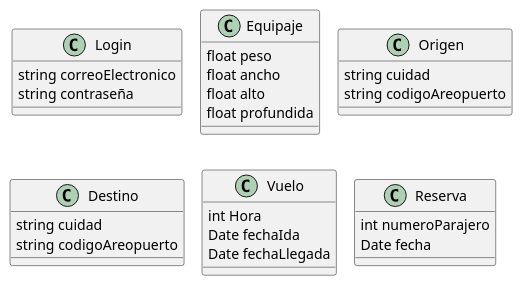
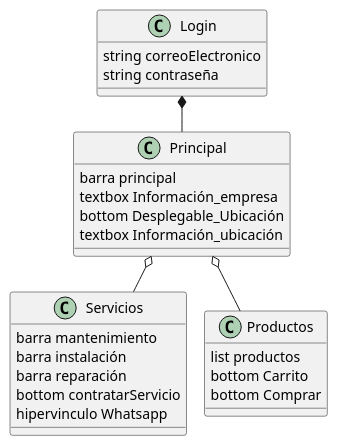
One commit to chonchekill/FerreGas changed the diagram in Clases.puml. Above: the diagram before and after it, drawn with PlantUML.

Commit message:
Terminado

```diff
--- a/Clases.puml
+++ b/Clases.puml
@@ -1,49 +1,45 @@
 @startuml
 
 !pragma layout smetana
 
 class Login{
 
     string correoElectronico
     string contraseña
 
 }
 
-class Equipaje{
+class Principal{
 
-    float peso
-    float ancho
-    float alto
-    float profundida
+    barra principal
+    textbox Información_empresa
+    bottom Desplegable_Ubicación
+    textbox Información_ubicación
+
+
 
 }
 
-class Origen{
+class Servicios{
 
-    string cuidad
-    string codigoAreopuerto
+    barra mantenimiento
+    barra instalación
+    barra reparación
+    bottom contratarServicio
+    hipervinculo Whatsapp
+}
+
+Class Productos{
+
+    list productos
+    bottom Carrito
+    bottom Comprar
 
 }
 
-Class Destino{
 
-    string cuidad
-    string codigoAreopuerto
+Login *-- Principal
+Principal o-- Servicios
+Principal o-- Productos
 
-}
-
-class Vuelo {
-
-    int Hora
-    Date fechaIda
-    Date fechaLlegada
-
-}
-
-class Reserva {
-
-    int numeroParajero
-    Date fecha
-
-}
 @enduml
```
